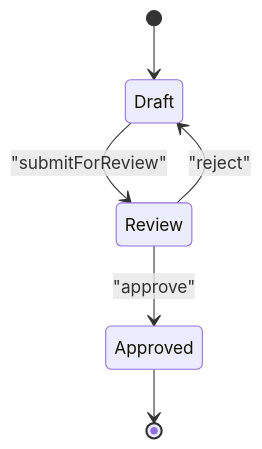
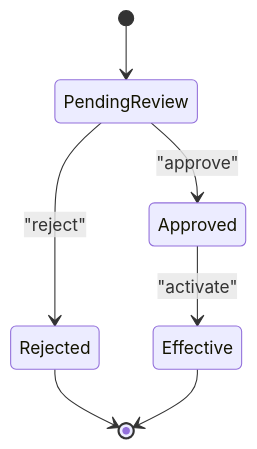
Before and after one commit to franckylab/eLISAschool: the third of 5 diagrams in .qoder/repowiki/en/content/API Reference/Human Resources API/Payroll Processing API/Payroll Processing API.md, drawn with Mermaid. The commit also changed other lines of this file and 102 other files, not shown here.

````diff
--- a/.qoder/repowiki/en/content/API Reference/Human Resources API/Payroll Processing API/Payroll Processing API.md
+++ b/.qoder/repowiki/en/content/API Reference/Human Resources API/Payroll Processing API/Payroll Processing API.md
@@ -252,8 +246,9 @@
 ```mermaid
 stateDiagram-v2
-[*] --> Draft
-Draft --> Review : "submitForReview"
-Review --> Approved : "approve"
-Review --> Draft : "reject"
-Approved --> [*]
+[*] --> PendingReview
+PendingReview --> Approved : "approve"
+PendingReview --> Rejected : "reject"
+Approved --> Effective : "activate"
+Rejected --> [*]
+Effective --> [*]
 ```
````
